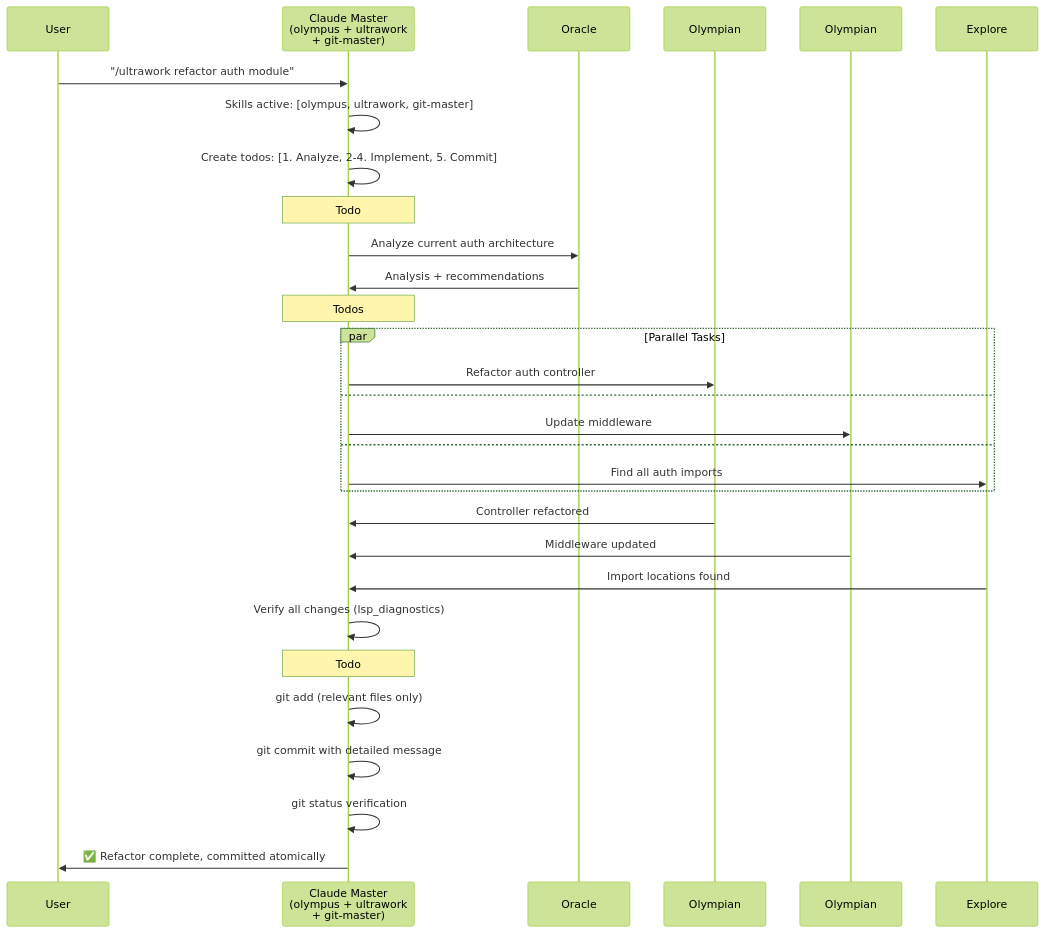
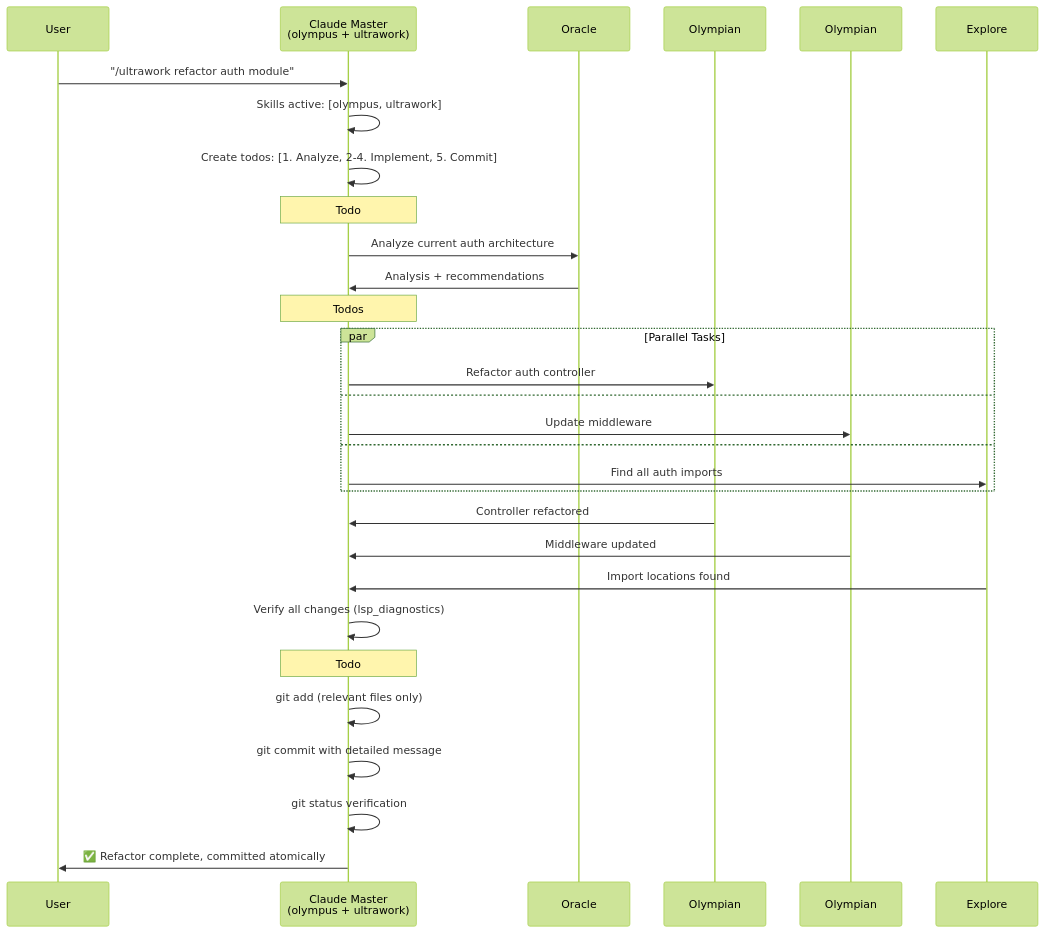
Before and after one commit to mikev10/olympus: the fourth of 5 diagrams in docs/guide/understanding-orchestration-system.md, drawn with Mermaid (forest theme). The commit also changed other lines of this file and 2 other files, not shown here.

Commit message:
docs: update CLI reference and installation guide to reflect changes in agents, skills, and rules

````diff
--- a/docs/guide/understanding-orchestration-system.md
+++ b/docs/guide/understanding-orchestration-system.md
@@ -641,39 +662,39 @@
 ```mermaid
 sequenceDiagram
     participant User
-    participant Master as Claude Master<br/>(olympus + ultrawork<br/>+ git-master)
+    participant Master as Claude Master<br/>(olympus + ultrawork)
     participant Oracle
     participant Olympian1 as Olympian #1
     participant Olympian2 as Olympian #2
     participant Explore
 
     User->>Master: "/ultrawork refactor auth module"
-    Master->>Master: Skills active: [olympus, ultrawork, git-master]
+    Master->>Master: Skills active: [olympus, ultrawork]
     Master->>Master: Create todos: [1. Analyze, 2-4. Implement, 5. Commit]
 
     Note over Master: Todo #1: Architecture analysis
     Master->>Oracle: Analyze current auth architecture
     Oracle->>Master: Analysis + recommendations
 
     Note over Master: Todos #2-4: Parallel execution
     par Parallel Tasks
         Master->>Olympian1: Refactor auth controller
         and
         Master->>Olympian2: Update middleware
         and
         Master->>Explore: Find all auth imports
     end
 
     Olympian1->>Master: Controller refactored
     Olympian2->>Master: Middleware updated
     Explore->>Master: Import locations found
 
     Master->>Master: Verify all changes (lsp_diagnostics)
 
-    Note over Master: Todo #5: Atomic commit (git-master)
+    Note over Master: Todo #5: Atomic commit
     Master->>Master: git add (relevant files only)
     Master->>Master: git commit with detailed message
     Master->>Master: git status verification
 
     Master->>User: ✅ Refactor complete, committed atomically
 ```
````
